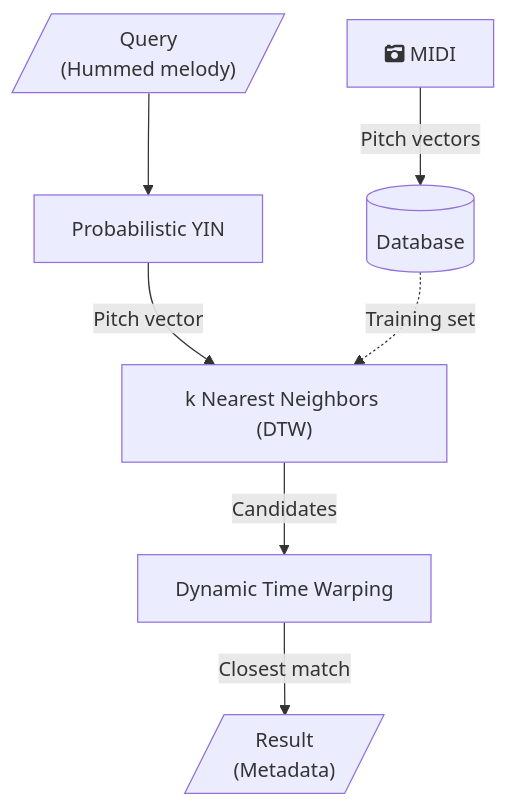
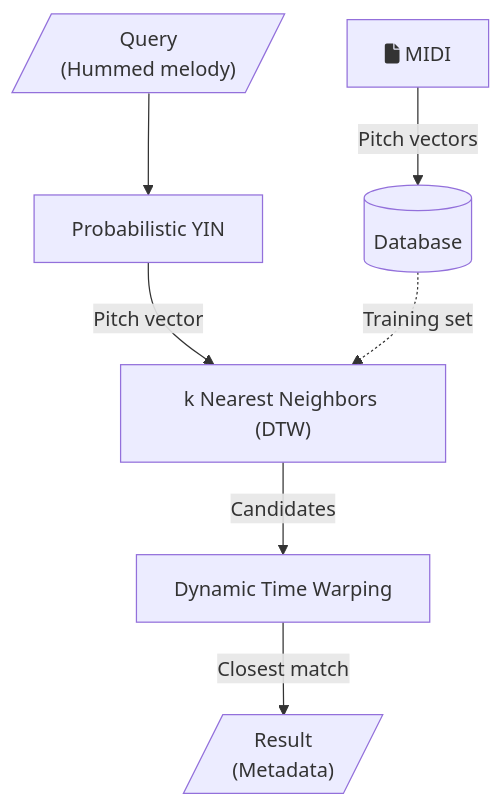
One commit to vivekvjyn/strawberry-fields changed the diagram in README.md. Above: the diagram before and after it, drawn with Mermaid. The commit also changed other lines of this file, not shown here.

````diff
--- a/README.md
+++ b/README.md
@@ -68,10 +73,10 @@
 ```mermaid
 flowchart TB;
    A[/"Query\n(Hummed melody)"/] --> B["Probabilistic YIN"];
    B -->|Pitch vector| C["k Nearest Neighbors (DTW)"];
    C -->|Candidates| D["Dynamic Time Warping"];
    D -->|Closest match| E[/"Result\n(Metadata)"/];
    G[("Database")] -.->|Training set| C
-   F["fa:fa-camera-retro MIDI"] -->|Pitch vectors| G
+   F["fa:fa-file MIDI"] -->|Pitch vectors| G
     
 ```
````
